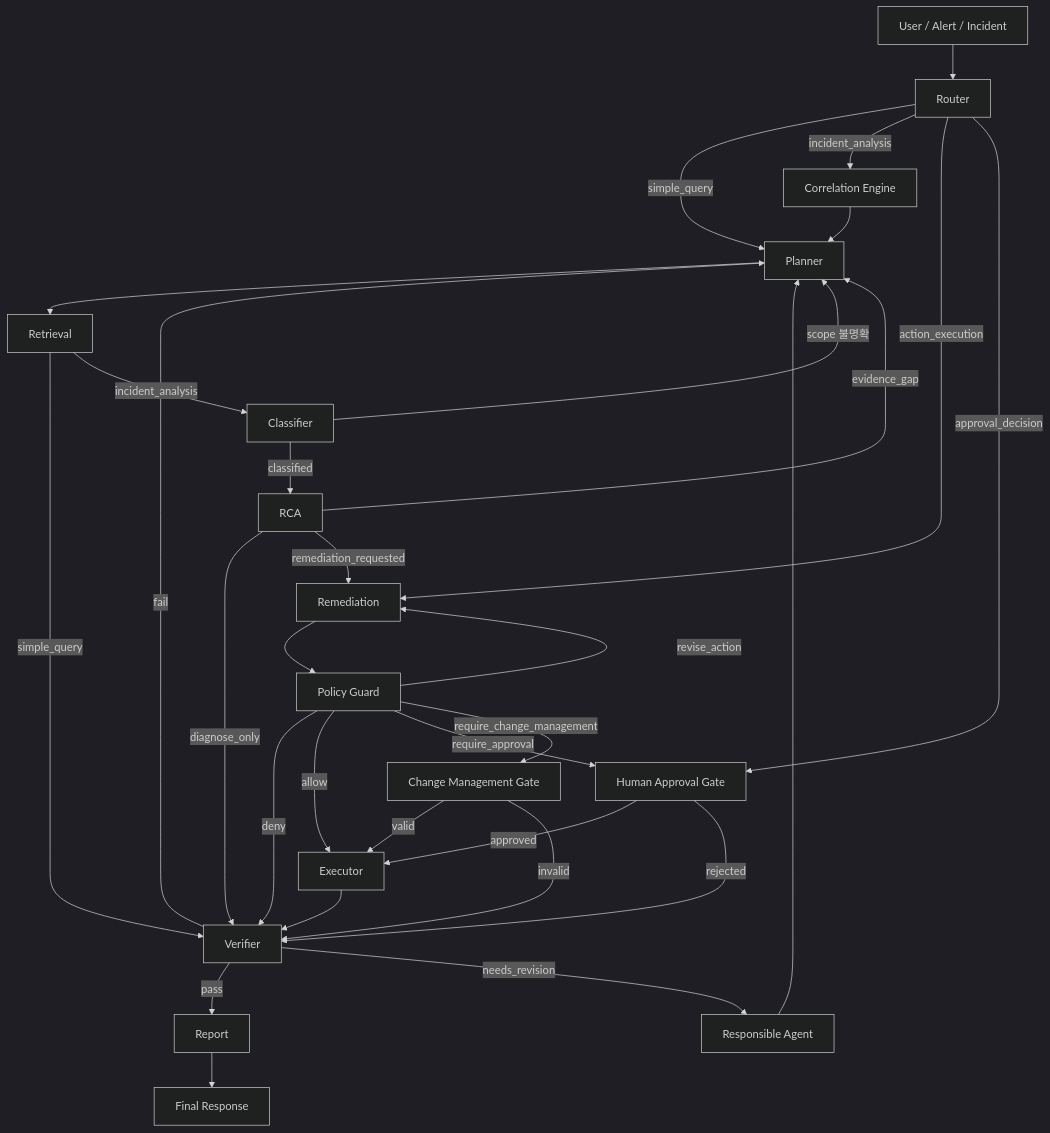
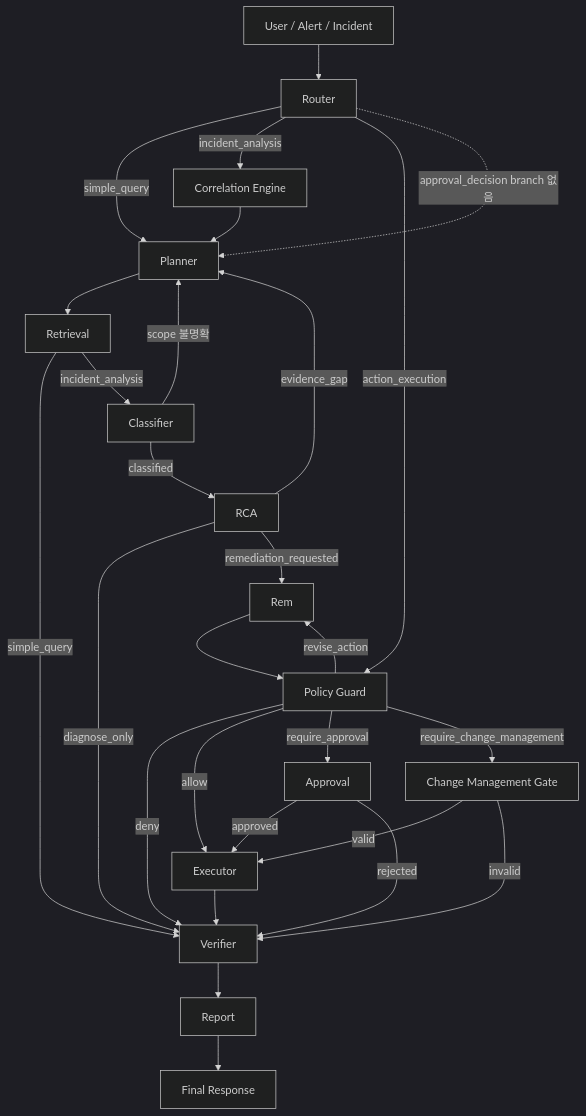
Before and after one commit to cloud-team2/bifrost: the diagram in docs/design/backend-fastapi/contract/contract-workflow-control.md, drawn with Mermaid (dark theme). The commit also changed other lines of this file and 25 other files, not shown here.

````diff
--- a/docs/design/backend-fastapi/contract/contract-workflow-control.md
+++ b/docs/design/backend-fastapi/contract/contract-workflow-control.md
@@ -46,38 +46,35 @@
 ```mermaid
 flowchart TD
     In[User / Alert / Incident] --> R[Router]
 
     R -->|simple_query| P[Planner]
     R -->|incident_analysis| Corr[Correlation Engine]
-    R -->|action_execution| Rem[Remediation]
-    R -->|approval_decision| Approval[Human Approval Gate]
+    R -->|action_execution| Guard[Policy Guard]
+    R -.approval_decision branch 없음.-> P
 
     Corr --> P
     P --> Ret[Retrieval]
     Ret -->|simple_query| V[Verifier]
     Ret -->|incident_analysis| C[Classifier]
     C -->|scope 불명확| P
     C -->|classified| RCA[RCA]
 
     RCA -->|evidence_gap| P
     RCA -->|diagnose_only| V
     RCA -->|remediation_requested| Rem
     Rem --> Guard[Policy Guard]
     Guard -->|revise_action| Rem
     Guard -->|deny| V
     Guard -->|allow| Exec[Executor]
     Guard -->|require_approval| Approval
     Guard -->|require_change_management| Change[Change Management Gate]
 
     Approval -->|approved| Exec
     Approval -->|rejected| V
     Change -->|valid| Exec
     Change -->|invalid| V
     Exec --> V
 
-    V -->|pass| Report[Report]
-    V -->|fail| P
-    V -->|needs_revision| Revise[Responsible Agent]
-    Revise --> P
+    V --> Report[Report]
     Report --> Out[Final Response]
 ```
````
